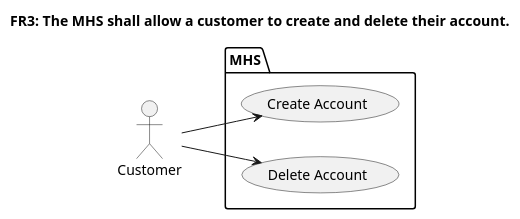
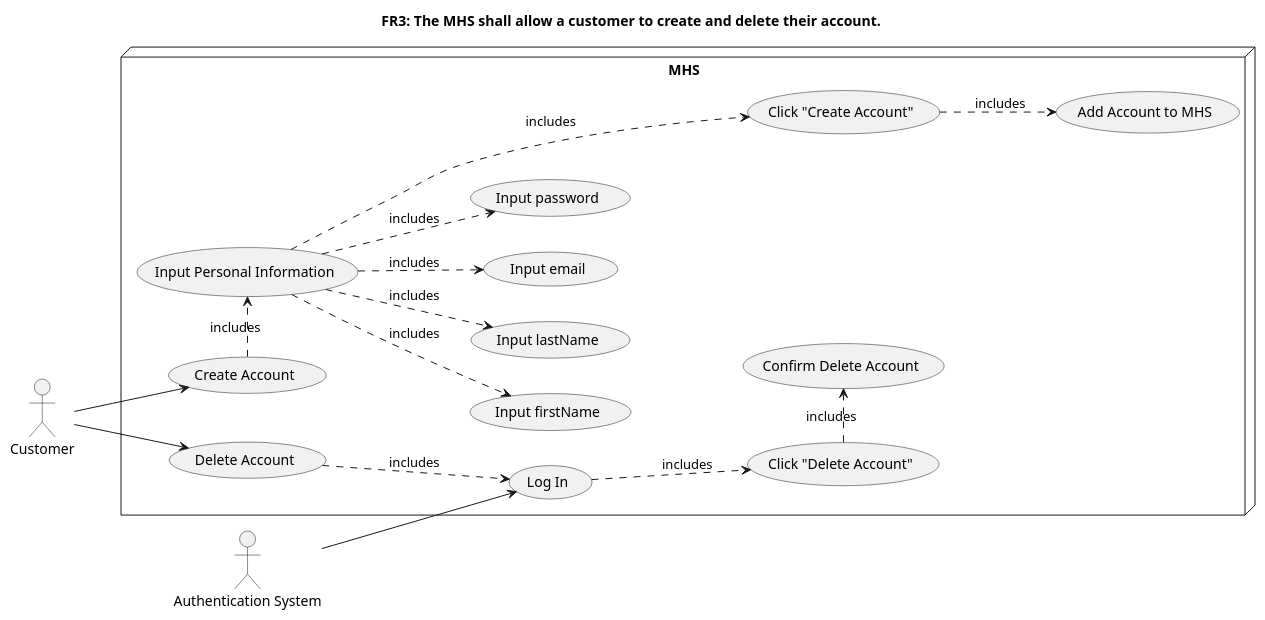
One commit to notkaramel/ECSE321-Mar1HotelSystem changed the diagram in documentation/UMLCodes/FR3_UCDiagram.plantuml. Above: the diagram before and after it, drawn with PlantUML.

Commit message:
temporary change

```diff
--- a/documentation/UMLCodes/FR3_UCDiagram.plantuml
+++ b/documentation/UMLCodes/FR3_UCDiagram.plantuml
@@ -1,14 +1,33 @@
 @startuml FR3
 title FR3: The MHS shall allow a customer to create and delete their account.
-left to right direction
+' left to right direction
+' skinparam Linetype ortho
 :Customer: as c
+:Authentication System: as AuthSys
 
-package MHS {
-    (Create Account)
-    (Delete Account)
+node MHS {
+    left to right direction
+    (Create Account) as ca
+    (Delete Account) as da
+    (Input Personal Information) as inPersonalInfo
+    inPersonalInfo ..> (Input firstName) : includes
+    inPersonalInfo ..> (Input lastName) : includes
+    inPersonalInfo ..> (Input email) : includes
+    inPersonalInfo ..> (Input password) : includes
+    (Log In) as login
+    (Click "Create Account") as cca
+    cca .down.> (Add Account to MHS) : includes
+    (Click "Delete Account") as dca
+    dca .> (Confirm Delete Account) : includes
 }
 
-c --> (Create Account)
-c --> (Delete Account)
+c -right-> ca
+ca .right.> inPersonalInfo : includes
+inPersonalInfo ...> cca : includes
+c --> da
+da ..> login : includes
+AuthSys --> login
+login ..> dca : includes
+
 
 @enduml
```
